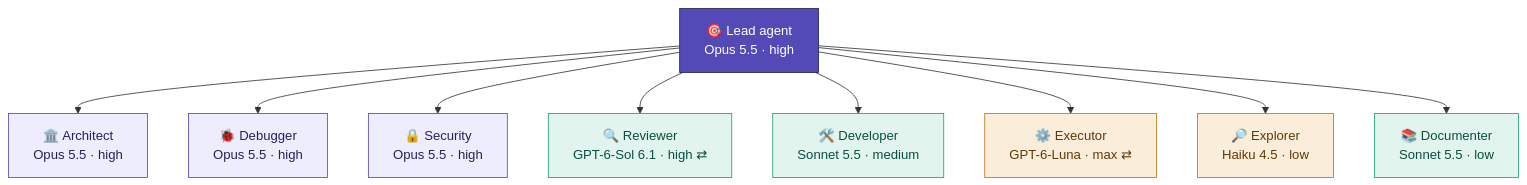
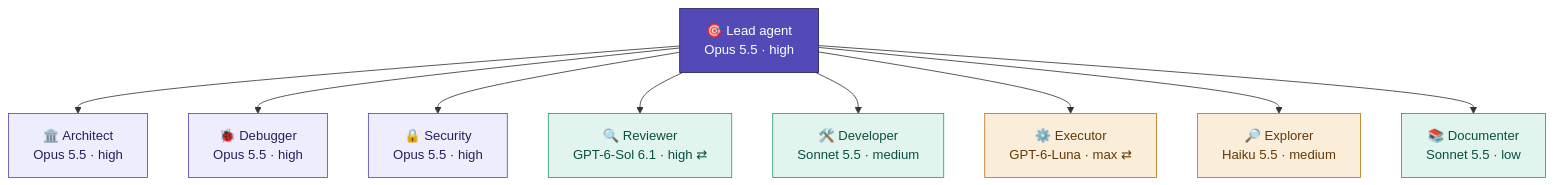
The second of 2 diagrams in README.md (Eydenn/loomy), drawn with Mermaid before and after one commit. The commit also changed other lines of this file and 13 other files, not shown here.

First line of the commit message:
0.14.0: Claude Haiku 5.5 as the fast Claude model (explorer, full-Claude executor), long-prompt rate, role subagents follow the routing

````diff
--- a/README.md
+++ b/README.md
@@ -415,16 +415,16 @@
 ```mermaid
 flowchart TB
   L["🎯 Lead agent<br/>Opus 5.5 · high"]:::lead
   L --> AR["🏛️ Architect<br/>Opus 5.5 · high"]:::deep
   L --> DB["🐞 Debugger<br/>Opus 5.5 · high"]:::deep
   L --> SE["🔒 Security<br/>Opus 5.5 · high"]:::deep
   L --> RV["🔍 Reviewer<br/>GPT-6-Sol 6.1 · high ⇄"]:::std
   L --> DV["🛠️ Developer<br/>Sonnet 5.5 · medium"]:::std
   L --> EX["⚙️ Executor<br/>GPT-6-Luna · max ⇄"]:::fast
-  L --> XP["🔎 Explorer<br/>Haiku 4.5 · low"]:::fast
+  L --> XP["🔎 Explorer<br/>Haiku 5.5 · medium"]:::fast
   L --> DO["📚 Documenter<br/>Sonnet 5.5 · low"]:::std
   classDef lead fill:#534AB7,stroke:#26215C,color:#FFFFFF
   classDef deep fill:#EEEDFE,stroke:#534AB7,color:#26215C
   classDef std fill:#E1F5EE,stroke:#1D9E75,color:#085041
   classDef fast fill:#FAEEDA,stroke:#BA7517,color:#633806
 ```
````
